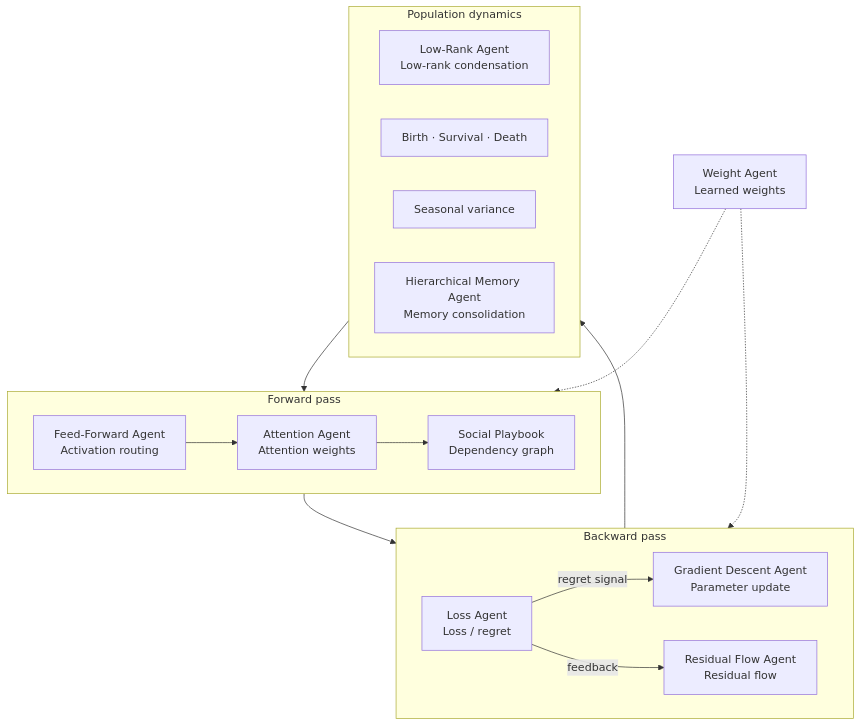
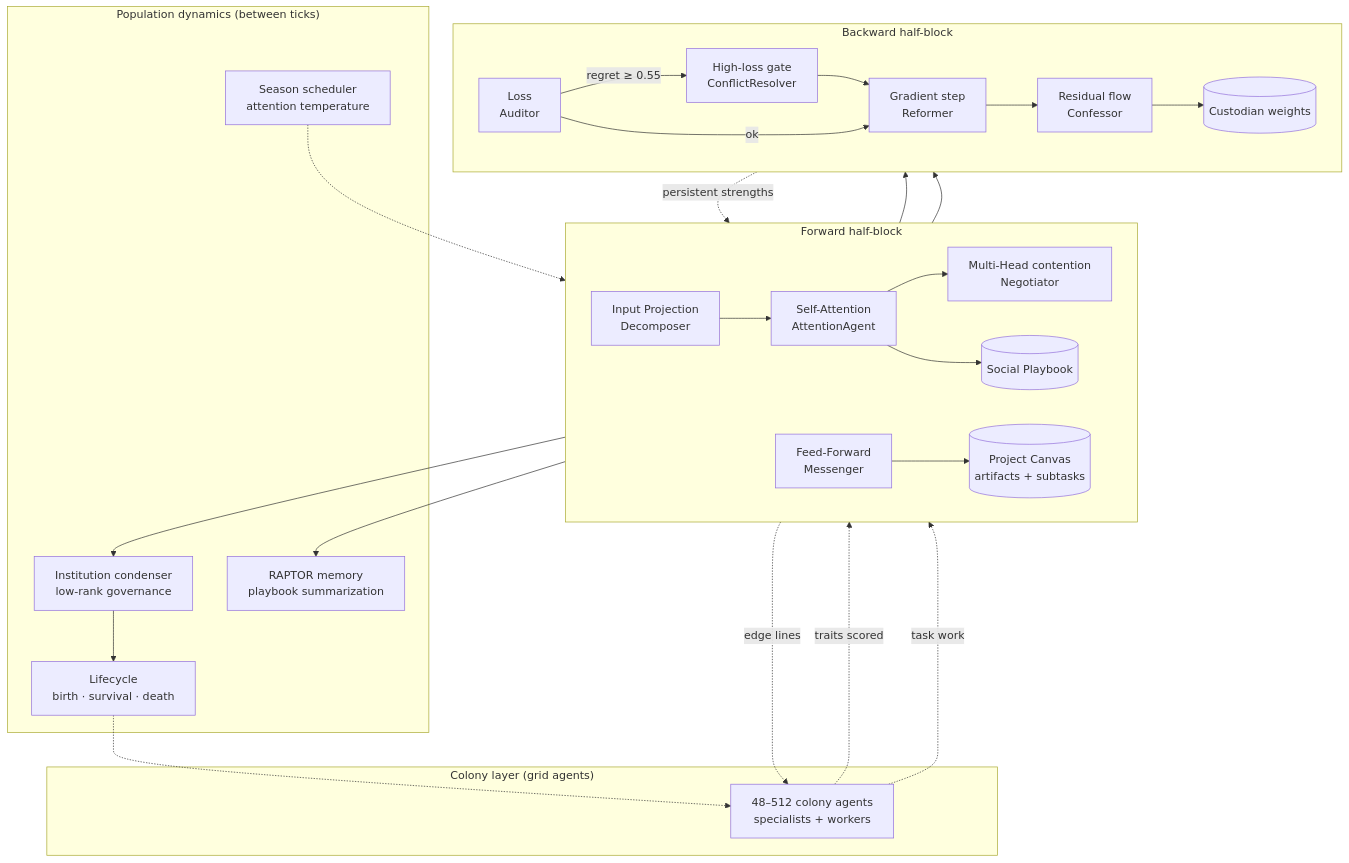
One commit to iblameandrew/sonar changed the third of 4 diagrams in README.md. Above: the diagram before and after it, drawn with Mermaid. The commit also changed other lines of this file, not shown here.

First line of the commit message:
docs: clarify transformer block and self-attention diagrams

````diff
--- a/README.md
+++ b/README.md
@@ -87,28 +171,48 @@
 ```mermaid
 flowchart TB
-    subgraph forward["Forward pass"]
-        M[Feed-Forward Agent<br/>Activation routing]
-        A[Attention Agent<br/>Attention weights]
-        SP[Social Playbook<br/>Dependency graph]
-        M --> A --> SP
+    subgraph colony["Colony layer (grid agents)"]
+        GA["48–512 colony agents<br/>specialists + workers"]
     end
 
-    subgraph backward["Backward pass"]
-        AU[Loss Agent<br/>Loss / regret]
-        AU -->|regret signal| RF[Gradient Descent Agent<br/>Parameter update]
-        AU -->|feedback| CF[Residual Flow Agent<br/>Residual flow]
+    subgraph forward["Forward half-block"]
+        direction LR
+        IP["Input Projection<br/>Decomposer"]
+        SA["Self-Attention<br/>AttentionAgent"]
+        MH["Multi-Head contention<br/>Negotiator"]
+        FF["Feed-Forward<br/>Messenger"]
+        IP --> SA --> MH
+        SA --> PLAY[(Social Playbook)]
+        FF --> CANVAS[(Project Canvas<br/>artifacts + subtasks)]
     end
 
-    subgraph population["Population dynamics"]
-        INST[Low-Rank Agent<br/>Low-rank condensation]
-        LIFE[Birth · Survival · Death]
-        SEA[Seasonal variance]
-        RAP[Hierarchical Memory Agent<br/>Memory consolidation]
+    subgraph backward["Backward half-block"]
+        direction LR
+        LOSS["Loss<br/>Auditor"]
+        INTV["High-loss gate<br/>ConflictResolver"]
+        GRAD["Gradient step<br/>Reformer"]
+        RES["Residual flow<br/>Confessor"]
+        LOSS -->|regret ≥ 0.55| INTV --> GRAD
+        LOSS -->|ok| GRAD
+        GRAD --> RES
+        RES --> CUST[(Custodian weights)]
     end
 
-    forward --> backward
-    backward --> population
-    population --> forward
-    CU[Weight Agent<br/>Learned weights] -.-> forward
-    CU -.-> backward
+    GA -.->|traits scored| SA
+    GA -.->|task work| FF
+    PLAY -.->|edge lines| GA
+    CUST -.->|persistent strengths| SA
+    CANVAS --> LOSS
+    PLAY --> RES
+
+    subgraph pop["Population dynamics (between ticks)"]
+        INST["Institution condenser<br/>low-rank governance"]
+        LIFE["Lifecycle<br/>birth · survival · death"]
+        SEA["Season scheduler<br/>attention temperature"]
+        RAP["RAPTOR memory<br/>playbook summarization"]
+    end
+
+    PLAY --> INST --> LIFE
+    SEA -.-> SA
+    PLAY --> RAP
+    LIFE -.-> GA
 ```
````
